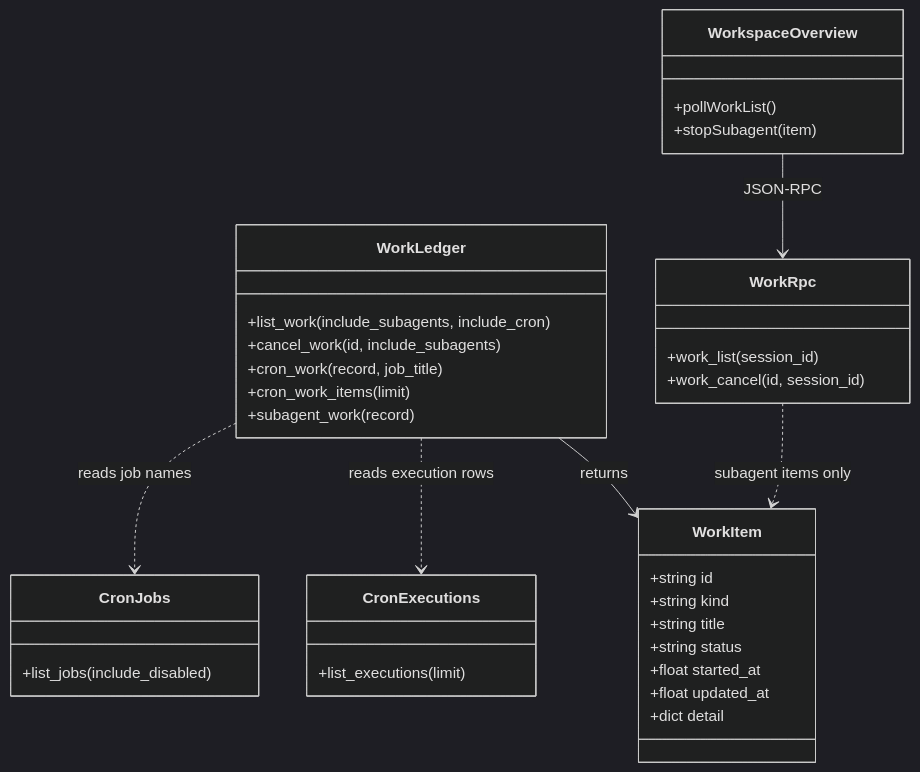
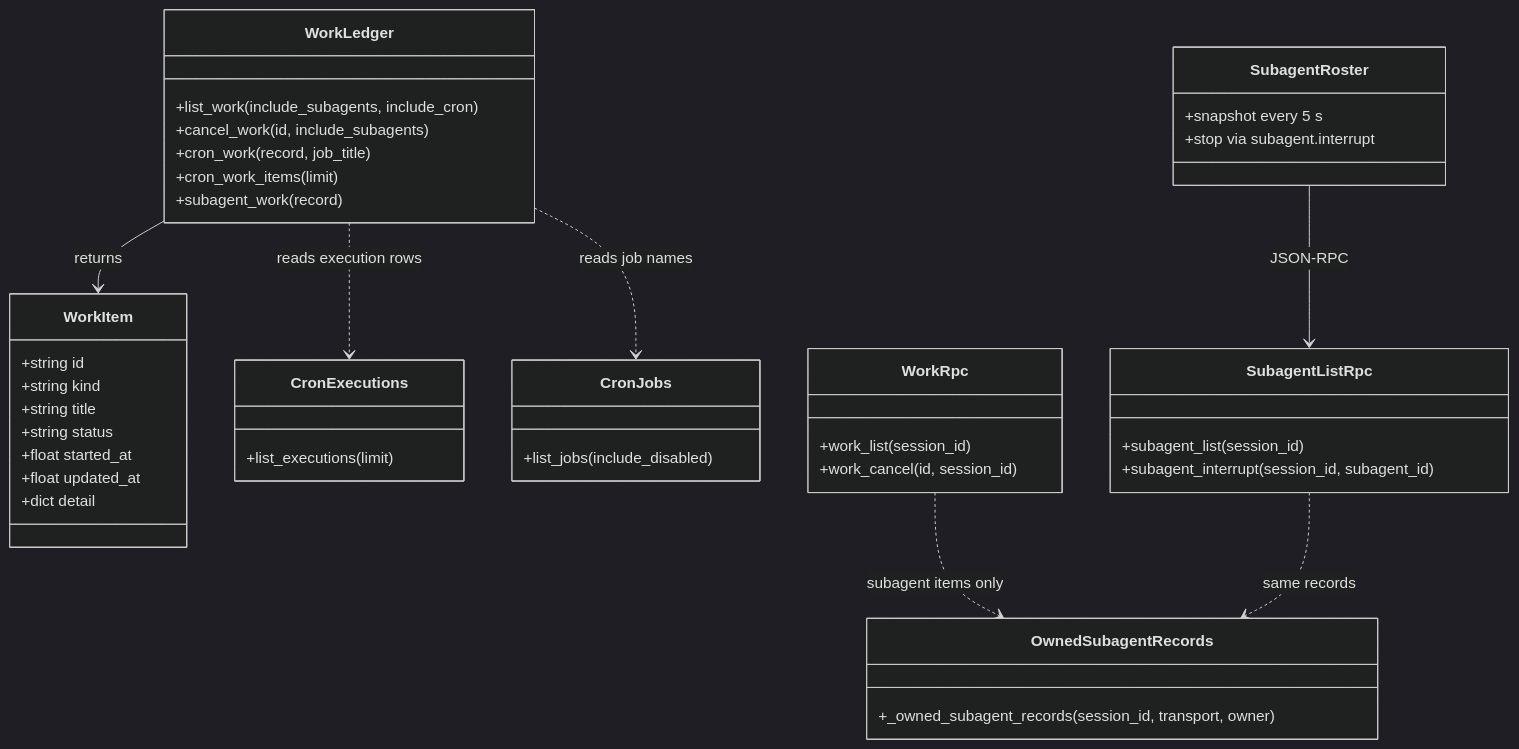
The first of 2 diagrams in docs/developer-guide/work-ledger-system-design.md (9529360-cpu/stardust-hermes), drawn with Mermaid (dark theme) before and after one commit. The commit also changed other lines of this file, not shown here.

First line of the commit message:
docs(work): describe the backend-only scope of this branch

````diff
--- a/docs/developer-guide/work-ledger-system-design.md
+++ b/docs/developer-guide/work-ledger-system-design.md
@@ -60,38 +54,46 @@
 ```mermaid
 classDiagram
     class WorkLedger {
         +list_work(include_subagents, include_cron)
         +cancel_work(id, include_subagents)
         +cron_work(record, job_title)
         +cron_work_items(limit)
         +subagent_work(record)
     }
     class WorkItem {
         +string id
         +string kind
         +string title
         +string status
         +float started_at
         +float updated_at
         +dict detail
     }
     class CronExecutions {
         +list_executions(limit)
     }
     class CronJobs {
         +list_jobs(include_disabled)
     }
+    class OwnedSubagentRecords {
+        +_owned_subagent_records(session_id, transport, owner)
+    }
     class WorkRpc {
         +work_list(session_id)
         +work_cancel(id, session_id)
     }
-    class WorkspaceOverview {
-        +pollWorkList()
-        +stopSubagent(item)
+    class SubagentListRpc {
+        +subagent_list(session_id)
+        +subagent_interrupt(session_id, subagent_id)
+    }
+    class SubagentRoster {
+        +snapshot every 5 s
+        +stop via subagent.interrupt
     }
     WorkLedger --> WorkItem : returns
     WorkLedger ..> CronExecutions : reads execution rows
     WorkLedger ..> CronJobs : reads job names
-    WorkRpc ..> WorkItem : subagent items only
-    WorkspaceOverview --> WorkRpc : JSON-RPC
+    WorkRpc ..> OwnedSubagentRecords : subagent items only
+    SubagentListRpc ..> OwnedSubagentRecords : same records
+    SubagentRoster --> SubagentListRpc : JSON-RPC
 ```
````
